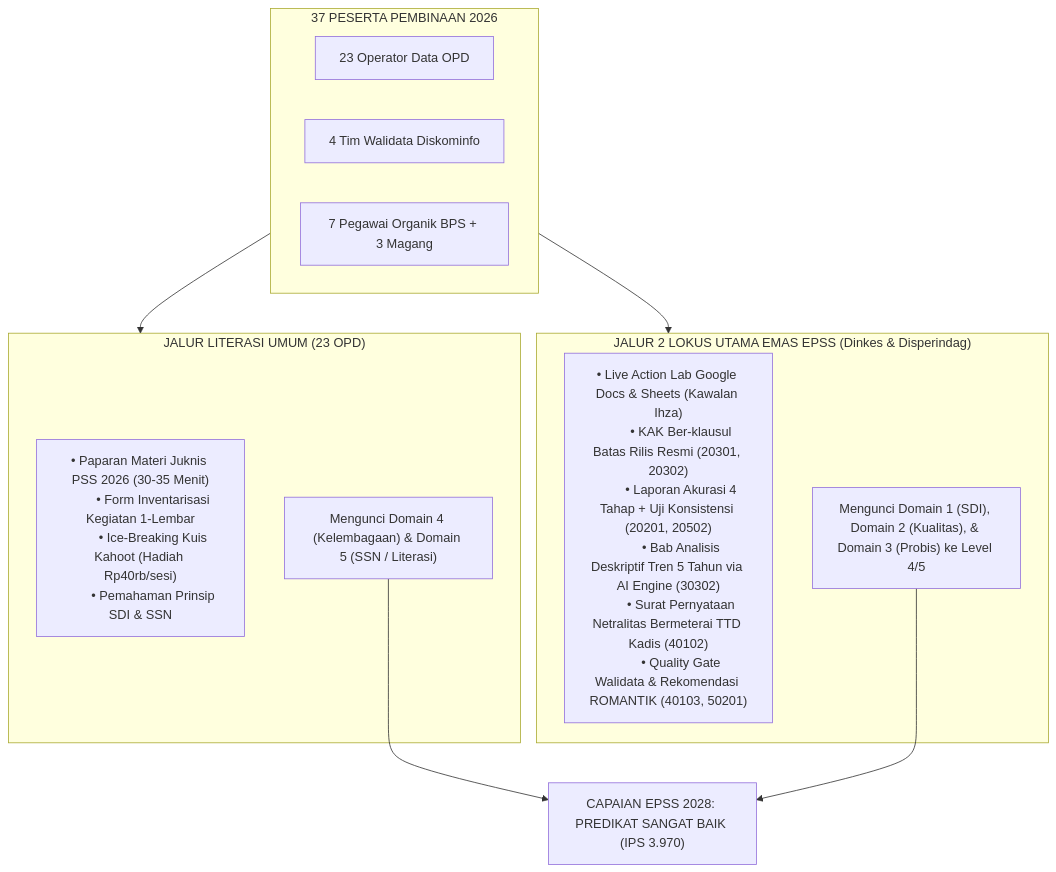
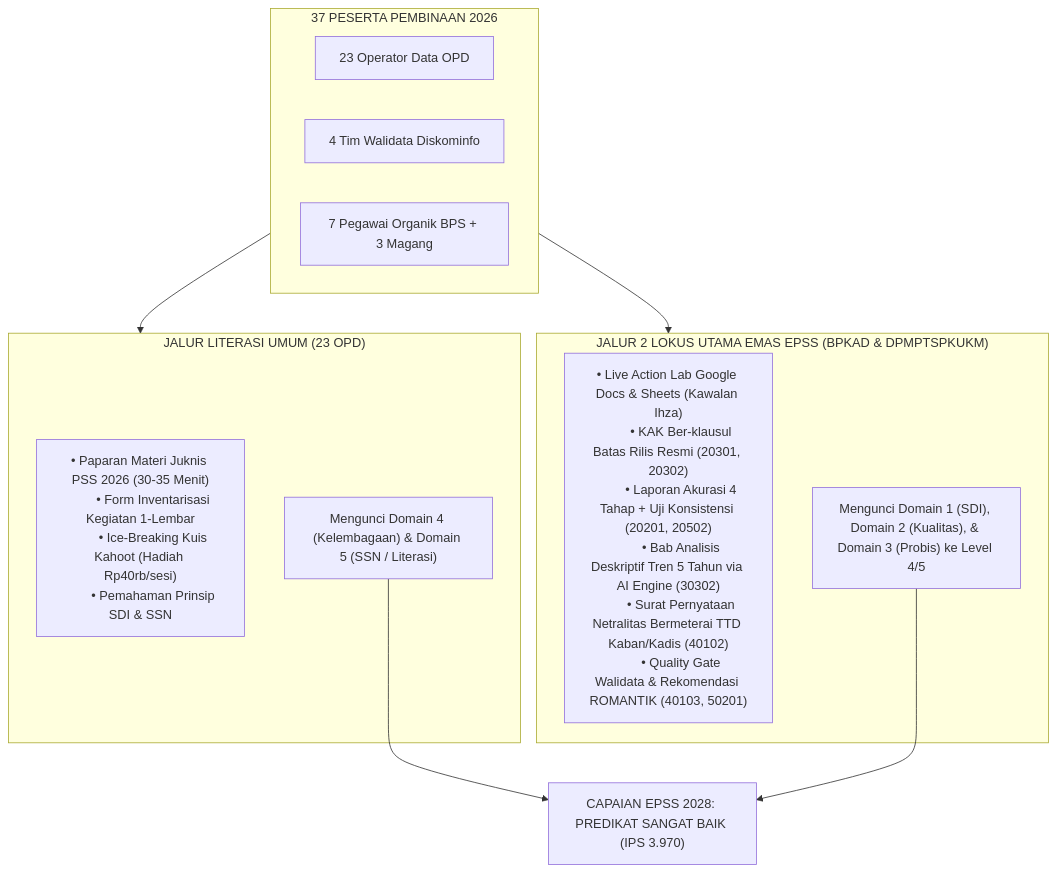
Before and after one commit to ipds6104/knowledge-base: the diagram in kegiatan/pembinaan-statistik-sektoral/2026/pertemuan/00-master-roadmap-4-pertemuan-pss2026-epss2028.md, drawn with Mermaid. The commit also changed other lines of this file and 7 other files, not shown here.

Commit message:
feat(pss): mutakhirkan 2 lokus utama ke BPKAD (LKPD Audited) dan DPMPTSPKUKM (Perizinan) sesuai data resmi terdaftar ihzakarunia

````diff
--- a/kegiatan/pembinaan-statistik-sektoral/2026/pertemuan/00-master-roadmap-4-pertemuan-pss2026-epss2028.md
+++ b/kegiatan/pembinaan-statistik-sektoral/2026/pertemuan/00-master-roadmap-4-pertemuan-pss2026-epss2028.md
@@ -36,30 +46,30 @@
 ```mermaid
 flowchart TD
     subgraph Peserta["37 PESERTA PEMBINAAN 2026"]
         OPD23["23 Operator Data OPD"]
         KOMINFO["4 Tim Walidata Diskominfo"]
         BPS["7 Pegawai Organik BPS + 3 Magang"]
     end
 
     subgraph Jalur1["JALUR LITERASI UMUM (23 OPD)"]
         J1["• Paparan Materi Juknis PSS 2026 (30-35 Menit)
         • Form Inventarisasi Kegiatan 1-Lembar
         • Ice-Breaking Kuis Kahoot (Hadiah Rp40rb/sesi)
         • Pemahaman Prinsip SDI & SSN"]
         R1["Mengunci Domain 4 (Kelembagaan) & Domain 5 (SSN / Literasi)"]
     end
 
-    subgraph Jalur2["JALUR 2 LOKUS UTAMA EMAS EPSS (Dinkes & Disperindag)"]
+    subgraph Jalur2["JALUR 2 LOKUS UTAMA EMAS EPSS (BPKAD & DPMPTSPKUKM)"]
         J2["• Live Action Lab Google Docs & Sheets (Kawalan Ihza)
         • KAK Ber-klausul Batas Rilis Resmi (20301, 20302)
         • Laporan Akurasi 4 Tahap + Uji Konsistensi (20201, 20502)
         • Bab Analisis Deskriptif Tren 5 Tahun via AI Engine (30302)
-        • Surat Pernyataan Netralitas Bermeterai TTD Kadis (40102)
+        • Surat Pernyataan Netralitas Bermeterai TTD Kaban/Kadis (40102)
         • Quality Gate Walidata & Rekomendasi ROMANTIK (40103, 50201)"]
         R2["Mengunci Domain 1 (SDI), Domain 2 (Kualitas), & Domain 3 (Probis) ke Level 4/5"]
     end
 
     Peserta --> Jalur1
     Peserta --> Jalur2
     R1 & R2 --> TARGET["CAPAIAN EPSS 2028: PREDIKAT SANGAT BAIK (IPS 3.970)"]
 ```
````
